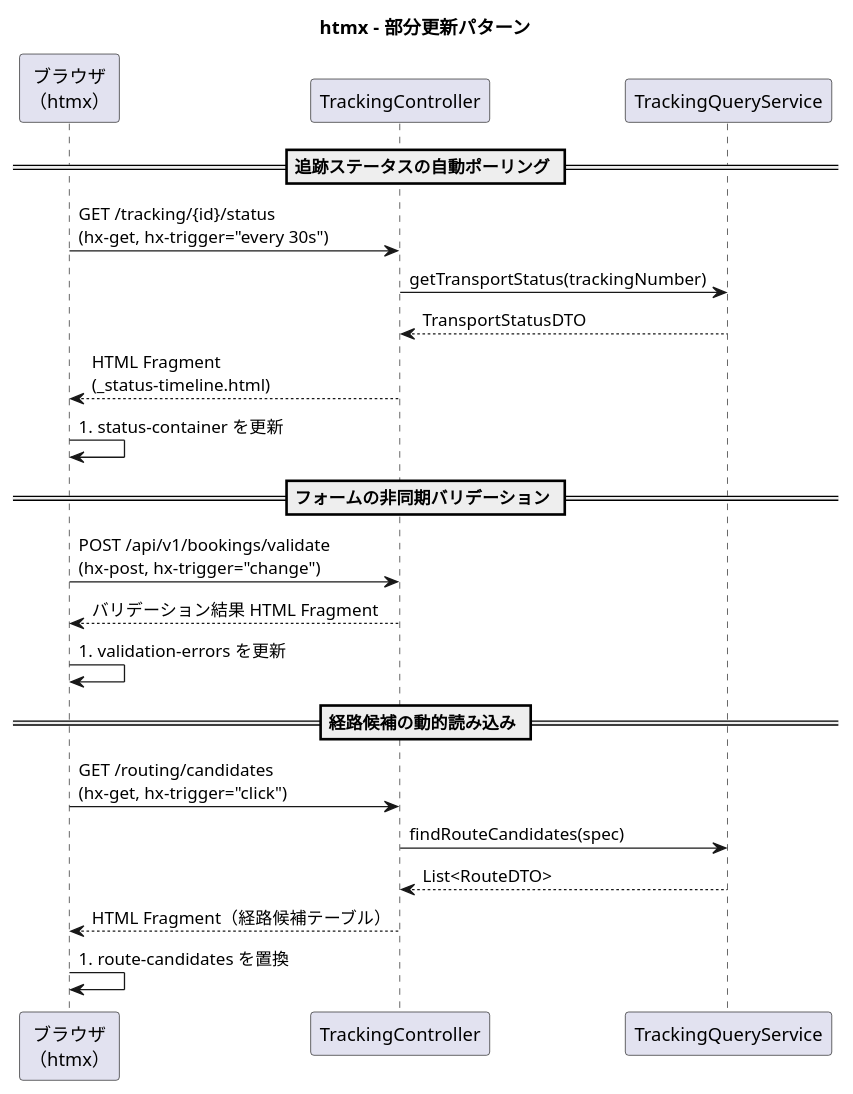
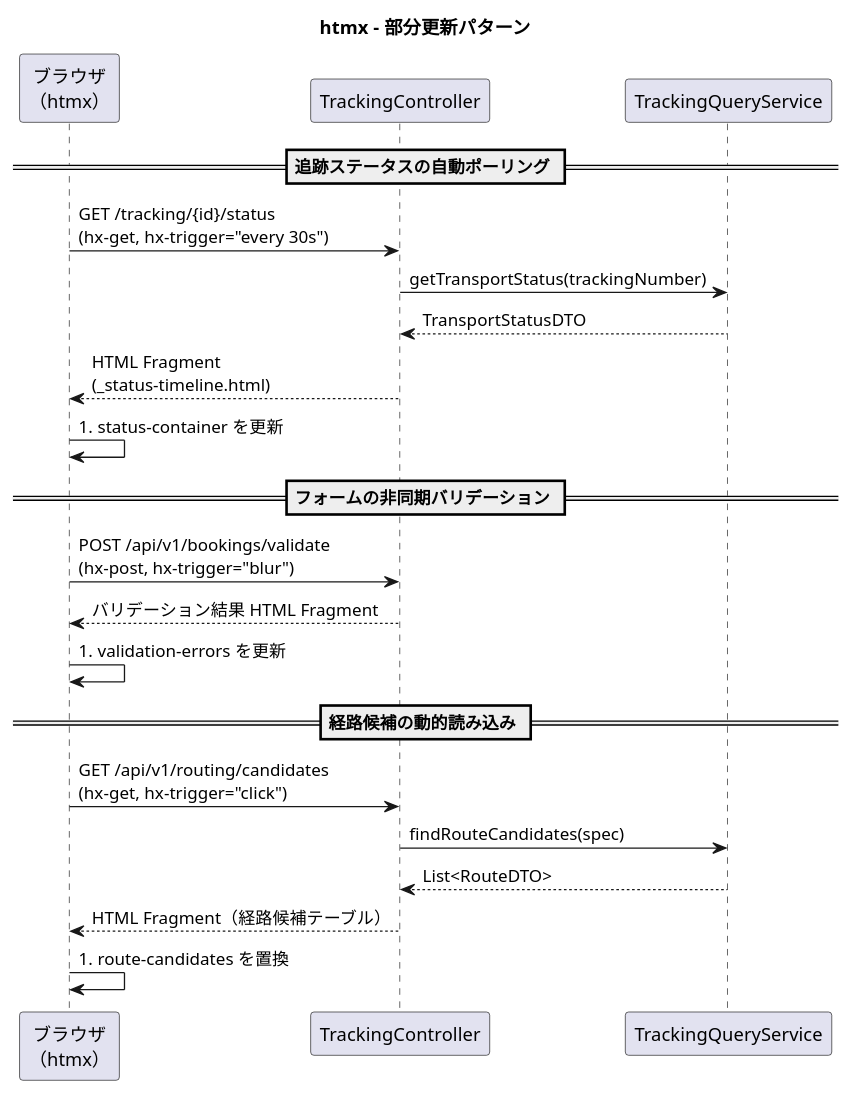
The third of 4 diagrams in docs/design/architecture_frontend.md (k2works/case-study-cargo-tracker), drawn with PlantUML before and after one commit. The commit also changed other lines of this file and 6 other files, not shown here.

````diff
--- a/docs/design/architecture_frontend.md
+++ b/docs/design/architecture_frontend.md
@@ -171,32 +193,32 @@
 ```plantuml
 @startuml
 title htmx - 部分更新パターン
 
 participant "ブラウザ\n（htmx）" as browser
 participant "TrackingController" as ctrl
 participant "TrackingQueryService" as service
 
 == 追跡ステータスの自動ポーリング ==
 
 browser -> ctrl : GET /tracking/{id}/status\n(hx-get, hx-trigger="every 30s")
 ctrl -> service : getTransportStatus(trackingNumber)
 service --> ctrl : TransportStatusDTO
 ctrl --> browser : HTML Fragment\n(_status-timeline.html)
 browser -> browser : #status-container を更新
 
 == フォームの非同期バリデーション ==
 
-browser -> ctrl : POST /api/v1/bookings/validate\n(hx-post, hx-trigger="change")
+browser -> ctrl : POST /api/v1/bookings/validate\n(hx-post, hx-trigger="blur")
 ctrl --> browser : バリデーション結果 HTML Fragment
 browser -> browser : #validation-errors を更新
 
 == 経路候補の動的読み込み ==
 
-browser -> ctrl : GET /routing/candidates\n(hx-get, hx-trigger="click")
+browser -> ctrl : GET /api/v1/routing/candidates\n(hx-get, hx-trigger="click")
 ctrl -> service : findRouteCandidates(spec)
 service --> ctrl : List<RouteDTO>
 ctrl --> browser : HTML Fragment（経路候補テーブル）
 browser -> browser : #route-candidates を置換
 
 @enduml
 ```
````
